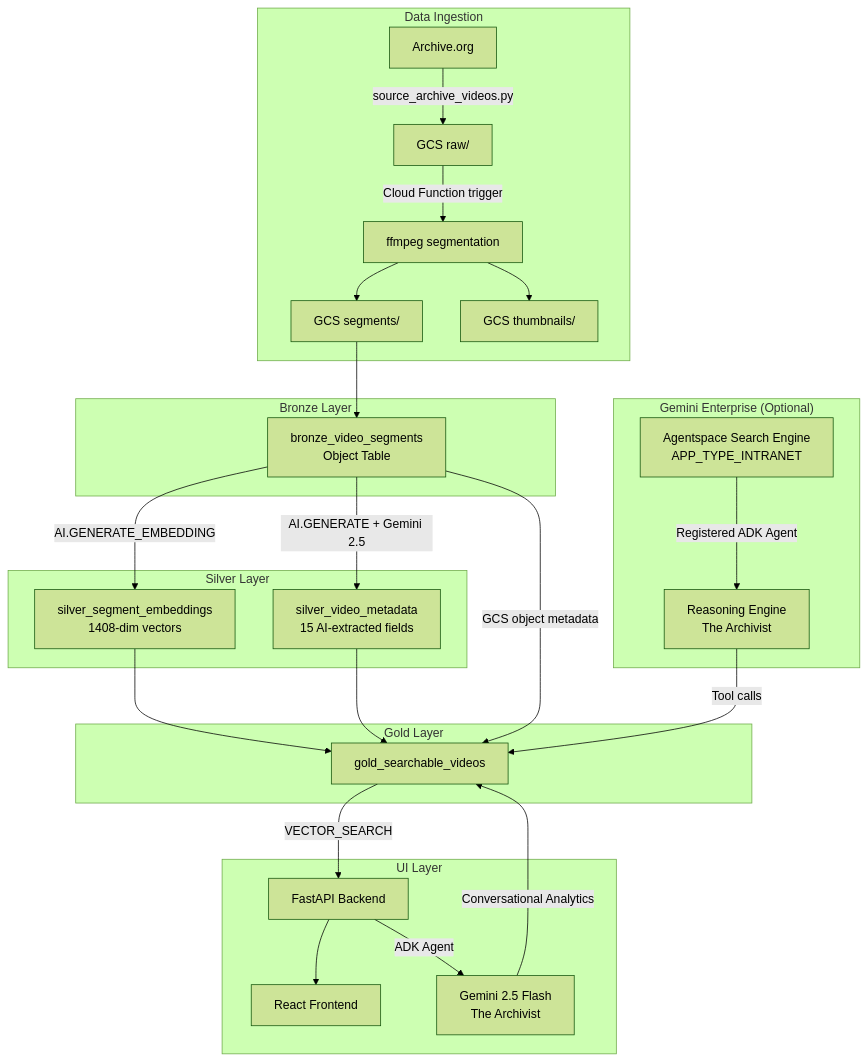
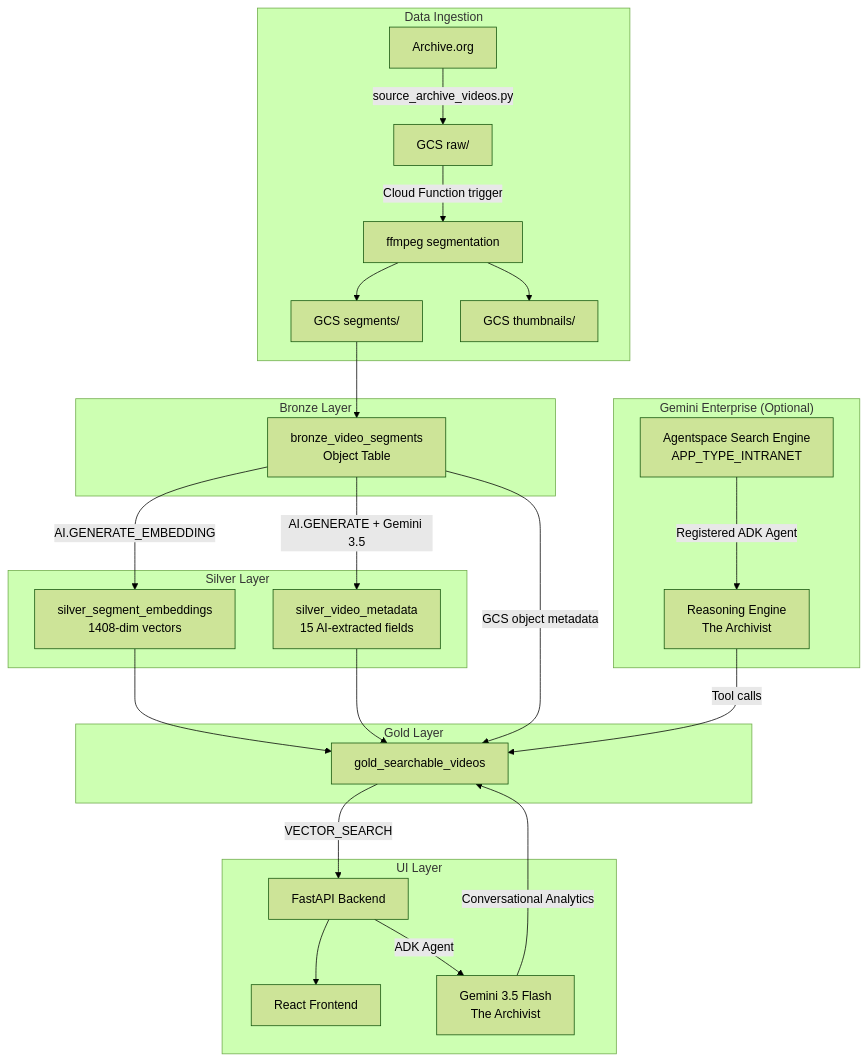
Before and after one commit to gCloud-Tech-Showcase/Data-Cloud: the first of 2 diagrams in docs/demos/video-vector-search/architecture.md, drawn with Mermaid (forest theme). The commit also changed other lines of this file and 6 other files, not shown here.

First line of the commit message:
Upgrade video pipeline AI.GENERATE to Gemini 3.5 Flash

````diff
--- a/docs/demos/video-vector-search/architecture.md
+++ b/docs/demos/video-vector-search/architecture.md
@@ -9,36 +9,36 @@
 ```mermaid
 graph TB
     subgraph "Data Ingestion"
         A[Archive.org] -->|source_archive_videos.py| B[GCS raw/]
         B -->|Cloud Function trigger| C[ffmpeg segmentation]
         C --> D[GCS segments/]
         C --> E[GCS thumbnails/]
     end
 
     subgraph "Bronze Layer"
         D --> G[bronze_video_segments<br/>Object Table]
     end
 
     subgraph "Silver Layer"
         G -->|AI.GENERATE_EMBEDDING| H[silver_segment_embeddings<br/>1408-dim vectors]
-        G -->|AI.GENERATE + Gemini 2.5| I[silver_video_metadata<br/>15 AI-extracted fields]
+        G -->|AI.GENERATE + Gemini 3.5| I[silver_video_metadata<br/>15 AI-extracted fields]
     end
 
     subgraph "Gold Layer"
         H --> J[gold_searchable_videos]
         I --> J
         G -->|GCS object metadata| J
     end
 
     subgraph "UI Layer"
         J -->|VECTOR_SEARCH| K[FastAPI Backend]
         K --> L[React Frontend]
-        K -->|ADK Agent| M[Gemini 2.5 Flash<br/>The Archivist]
+        K -->|ADK Agent| M[Gemini 3.5 Flash<br/>The Archivist]
         M -->|Conversational Analytics| J
     end
 
     subgraph "Gemini Enterprise (Optional)"
         N[Agentspace Search Engine<br/>APP_TYPE_INTRANET] -->|Registered ADK Agent| O[Reasoning Engine<br/>The Archivist]
         O -->|Tool calls| J
     end
 ```
````
